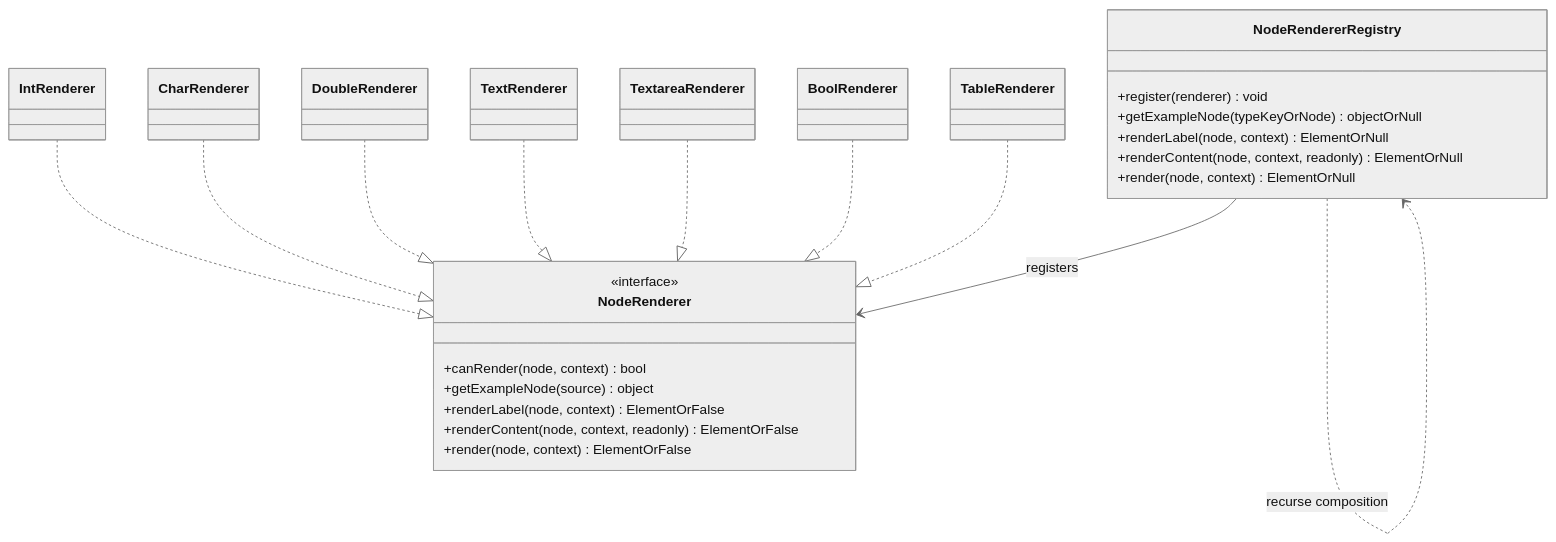
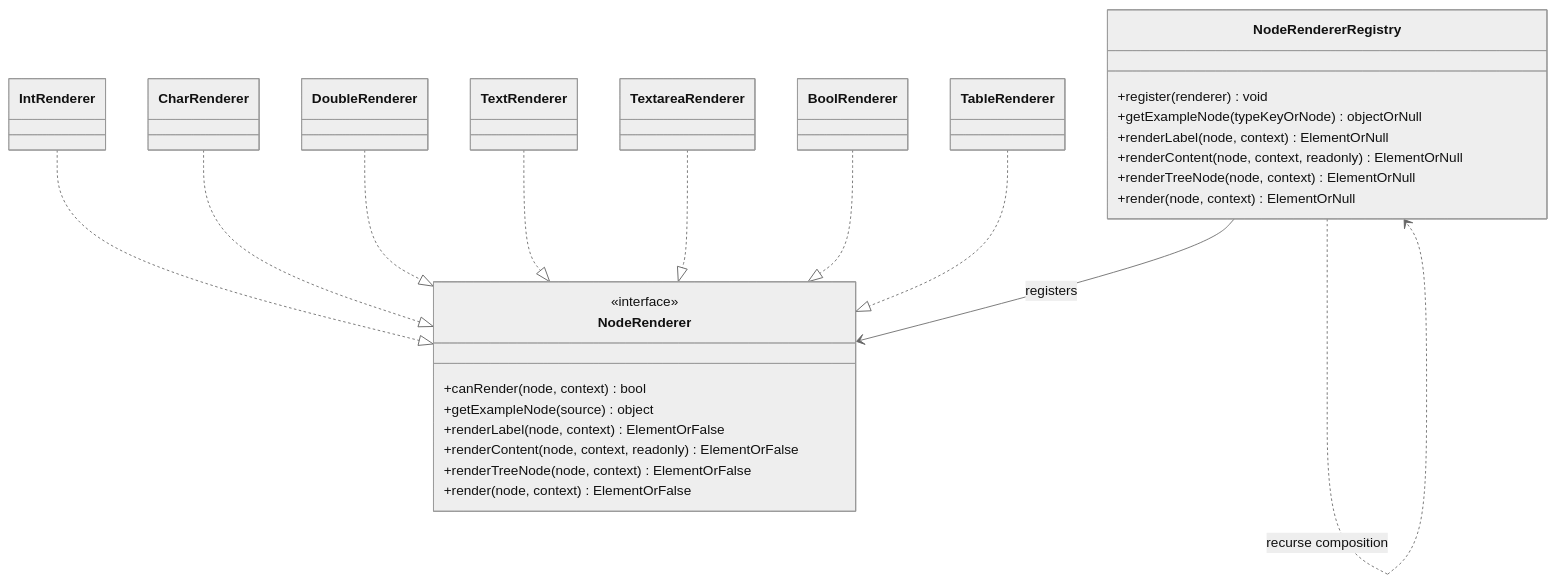
Before and after one commit to sfambach/wp-taxonomy-modeler: the second of 3 diagrams in docs/ARCHITECTURE.md, drawn with Mermaid (neutral theme). The commit also changed other lines of this file and 66 other files, not shown here.

````diff
--- a/docs/ARCHITECTURE.md
+++ b/docs/ARCHITECTURE.md
@@ -379,35 +434,37 @@
 ```mermaid
 classDiagram
   direction TB
   class NodeRenderer {
     <<interface>>
     +canRender(node, context) bool
     +getExampleNode(source) object
     +renderLabel(node, context) ElementOrFalse
     +renderContent(node, context, readonly) ElementOrFalse
+    +renderTreeNode(node, context) ElementOrFalse
     +render(node, context) ElementOrFalse
   }
   class NodeRendererRegistry {
     +register(renderer) void
     +getExampleNode(typeKeyOrNode) objectOrNull
     +renderLabel(node, context) ElementOrNull
     +renderContent(node, context, readonly) ElementOrNull
+    +renderTreeNode(node, context) ElementOrNull
     +render(node, context) ElementOrNull
   }
   class IntRenderer
   class CharRenderer
   class DoubleRenderer
   class TextRenderer
   class TextareaRenderer
   class BoolRenderer
   class TableRenderer
   IntRenderer ..|> NodeRenderer
   CharRenderer ..|> NodeRenderer
   DoubleRenderer ..|> NodeRenderer
   TextRenderer ..|> NodeRenderer
   TextareaRenderer ..|> NodeRenderer
   BoolRenderer ..|> NodeRenderer
   TableRenderer ..|> NodeRenderer
   NodeRendererRegistry --> NodeRenderer : registers
   NodeRendererRegistry ..> NodeRendererRegistry : recurse composition
 ```
````
